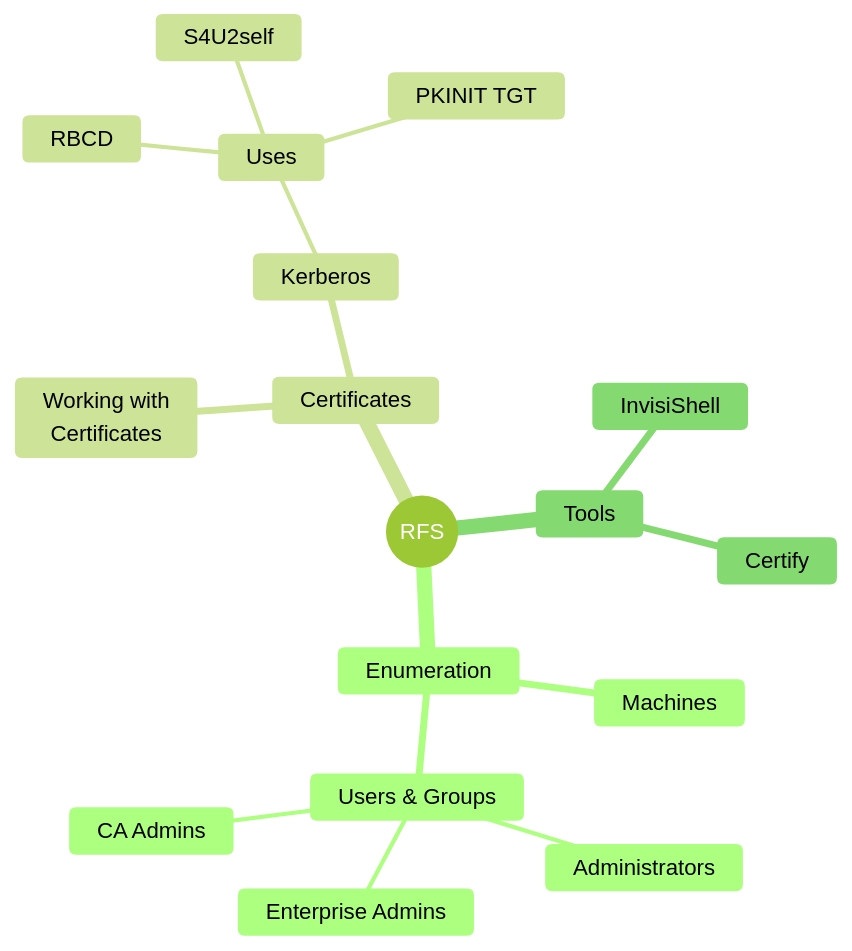
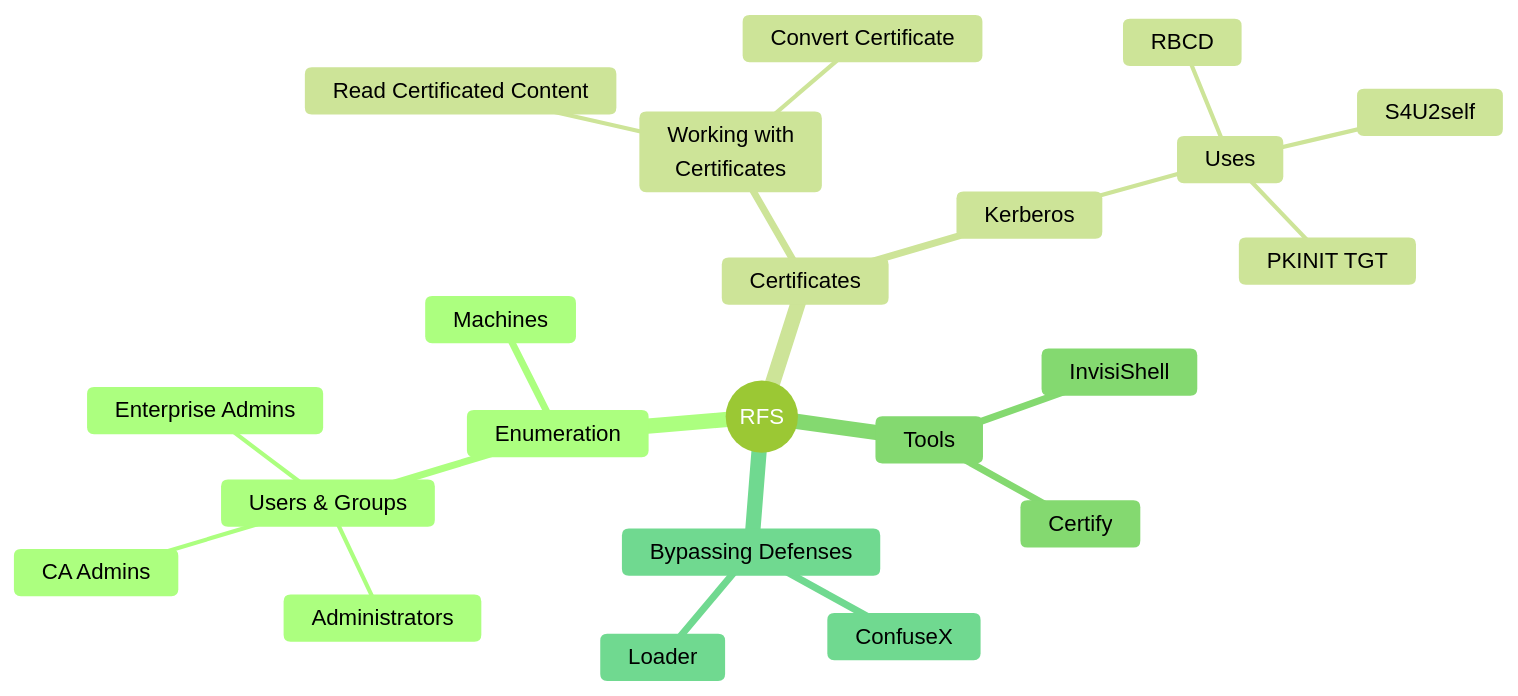
One commit to Certs-Study/Certified-Enterprise-Security-Professional changed the diagram in rfs-methodology/pwning.md. Above: the diagram before and after it, drawn with Mermaid (forest theme). The commit also changed other lines of this file, not shown here.

Commit message:
GITBOOK-31: change request with no subject merged in GitBook

````diff
--- a/rfs-methodology/pwning.md
+++ b/rfs-methodology/pwning.md
@@ -7,24 +9,32 @@
-```mermaid
+```mermaid fullWidth="true"
+---
+title: CESP
+---
 mindmap
   root((RFS))
     Enumeration
       Machines
       Users & Groups
         Administrators
         Enterprise Admins
         CA Admins
 
 
     Certificates
       Working with<br/>Certificates
+        Read Certificated Content
+        Convert Certificate
       Kerberos
         Uses
             RBCD
             S4U2self
             PKINIT TGT
     Tools
       InvisiShell
       Certify
 
+    Bypassing Defenses
+      ConfuseX
+      Loader
 
 ```
````
